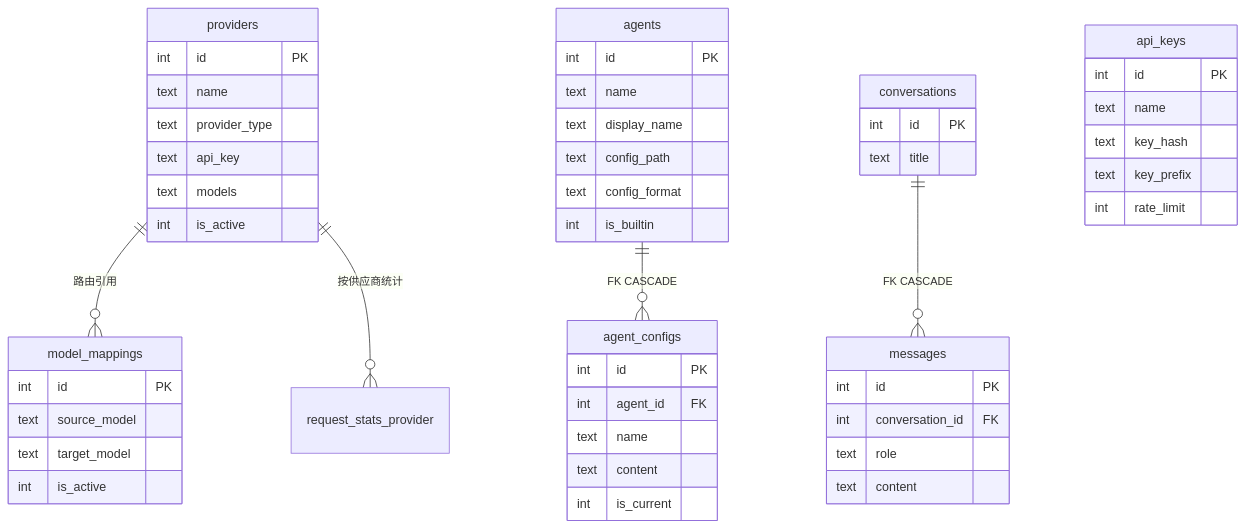
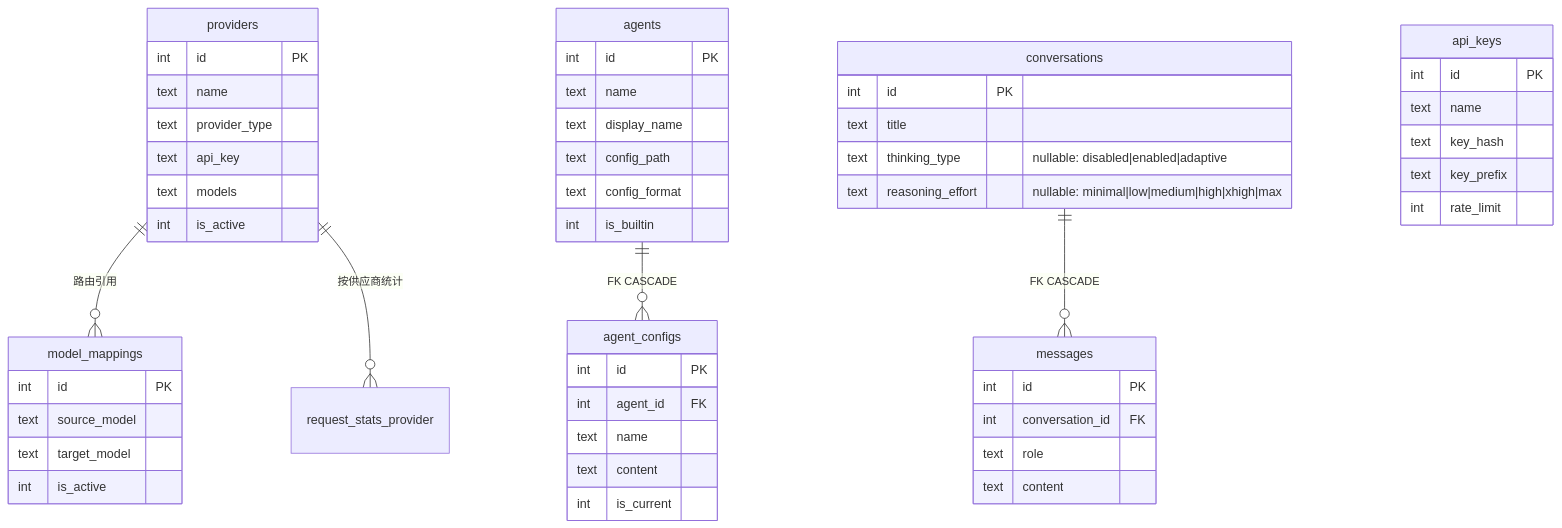
One commit to Geek-Bob/LLM-GATEWAY changed the tenth of 10 diagrams in docs/ARCHITECTURE.md. Above: the diagram before and after it, drawn with Mermaid. The commit also changed other lines of this file, not shown here.

Commit message:
docs(arch): 同步思考参数透传架构变更——conversations 加列+proxy 纯透传+ThinkingSettings

````diff
--- a/docs/ARCHITECTURE.md
+++ b/docs/ARCHITECTURE.md
@@ -566,54 +574,56 @@
 ```mermaid
 erDiagram
     providers ||--o{ model_mappings : "路由引用"
     providers ||--o{ request_stats_provider : "按供应商统计"
     agents ||--o{ agent_configs : "FK CASCADE"
     conversations ||--o{ messages : "FK CASCADE"
 
     providers {
         int id PK
         text name
         text provider_type
         text api_key
         text models
         int is_active
     }
     model_mappings {
         int id PK
         text source_model
         text target_model
         int is_active
     }
     api_keys {
         int id PK
         text name
         text key_hash
         text key_prefix
         int rate_limit
     }
     agents {
         int id PK
         text name
         text display_name
         text config_path
         text config_format
         int is_builtin
     }
     agent_configs {
         int id PK
         int agent_id FK
         text name
         text content
         int is_current
     }
     conversations {
         int id PK
         text title
+        text thinking_type "nullable: disabled|enabled|adaptive"
+        text reasoning_effort "nullable: minimal|low|medium|high|xhigh|max"
     }
     messages {
         int id PK
         int conversation_id FK
         text role
         text content
     }
 ```
````
